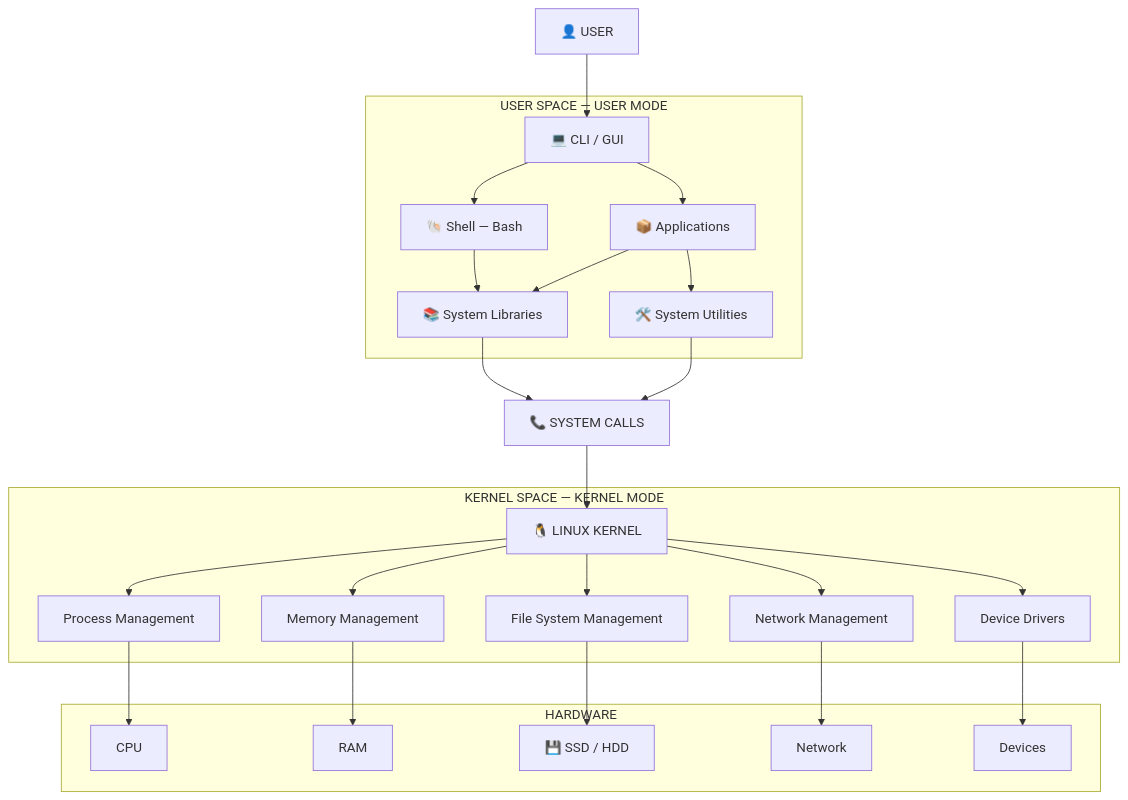
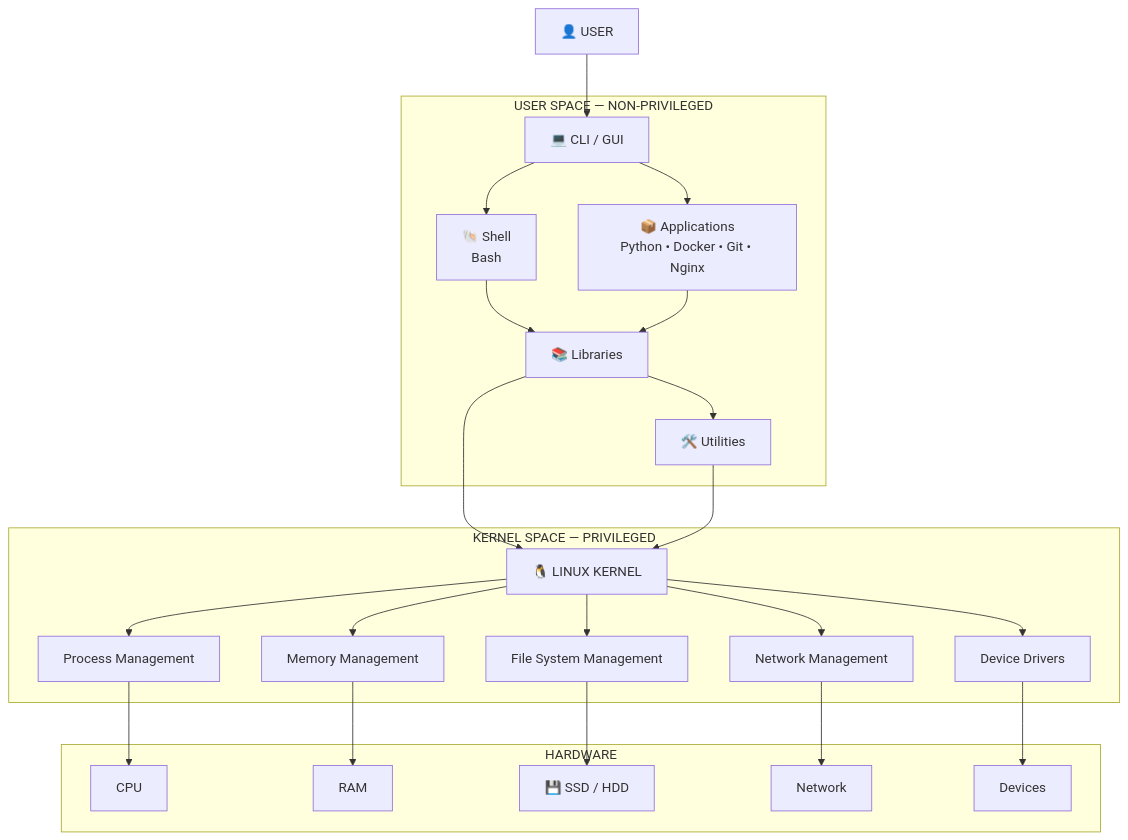
Diagram 14 of 14 in Linux/02-Fundamentals-Of-Linux/README.md (Yuvii2102/My-Devops-Cloud-Journey), drawn with Mermaid before and after one commit. The commit also changed other lines of this file, not shown here.

````diff
--- a/Linux/02-Fundamentals-Of-Linux/README.md
+++ b/Linux/02-Fundamentals-Of-Linux/README.md
@@ -1072,55 +1016,51 @@
 ```mermaid
 flowchart TB
     USER["👤 USER"]
 
-    subgraph US["USER SPACE — USER MODE"]
+    subgraph US["USER SPACE — NON-PRIVILEGED"]
         CLI["💻 CLI / GUI"]
-        APP["📦 Applications"]
-        SHELL["🐚 Shell — Bash"]
-        LIB["📚 System Libraries"]
-        UTIL["🛠️ System Utilities"]
+        APP["📦 Applications<br/>Python • Docker • Git • Nginx"]
+        SHELL["🐚 Shell<br/>Bash"]
+        LIB["📚 Libraries"]
+        UTIL["🛠️ Utilities"]
     end
 
-    SC["📞 SYSTEM CALLS"]
-
-    subgraph KS["KERNEL SPACE — KERNEL MODE"]
+    subgraph KS["KERNEL SPACE — PRIVILEGED"]
         K["🐧 LINUX KERNEL"]
         PM["Process Management"]
         MM["Memory Management"]
-        FS["File System Management"]
+        FM["File System Management"]
         NM["Network Management"]
         DD["Device Drivers"]
     end
 
     subgraph HW["HARDWARE"]
         CPU["CPU"]
         RAM["RAM"]
         STORAGE["💾 SSD / HDD"]
         NETWORK["Network"]
         DEVICES["Devices"]
     end
 
     USER --> CLI
     CLI --> SHELL
     CLI --> APP
 
     SHELL --> LIB
     APP --> LIB
-    APP --> UTIL
-
-    LIB --> SC
-    UTIL --> SC
-    SC --> K
+    LIB --> UTIL
+    LIB --> K
+    UTIL --> K
 
     K --> PM
     K --> MM
-    K --> FS
+    K --> FM
     K --> NM
     K --> DD
 
     PM --> CPU
     MM --> RAM
-    FS --> STORAGE
+    FM --> STORAGE
     NM --> NETWORK
     DD --> DEVICES
 ```
````
